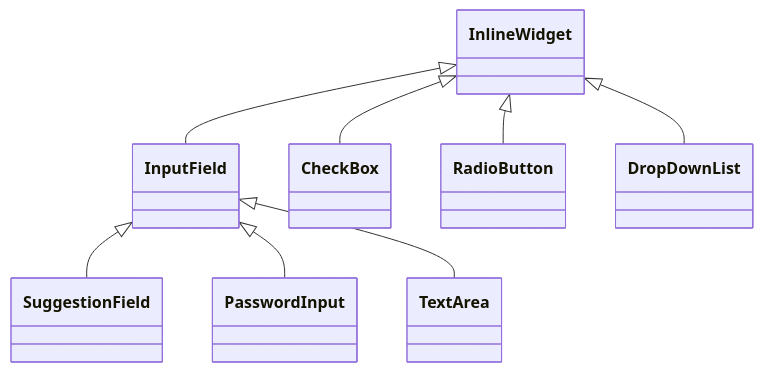
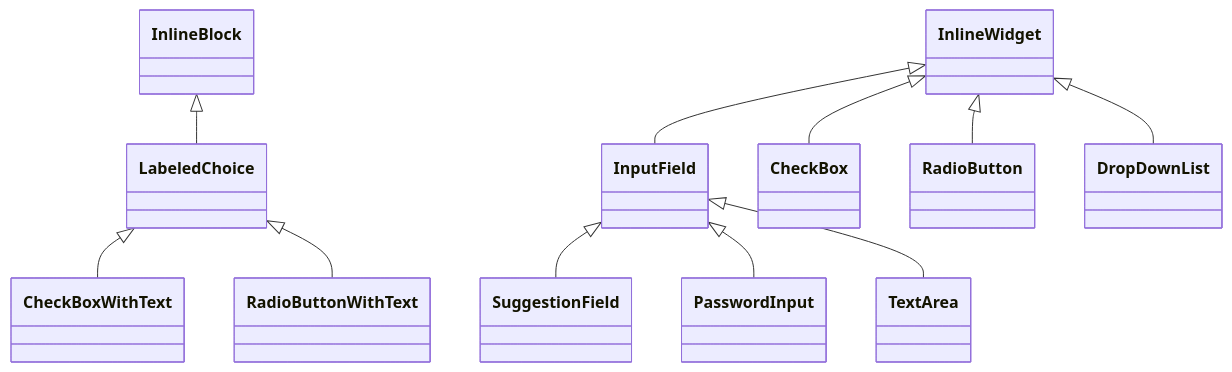
The fourth of 6 diagrams in docs/WIDGETS.md (kniazkov/widgets), drawn with Mermaid before and after one commit. The commit also changed other lines of this file and 7 other files, not shown here.

````diff
--- a/docs/WIDGETS.md
+++ b/docs/WIDGETS.md
@@ -62,11 +62,14 @@
 ```mermaid
 classDiagram
     direction TB
     InlineWidget <|-- InputField
+    InlineBlock <|-- LabeledChoice
+    LabeledChoice <|-- CheckBoxWithText
+    LabeledChoice <|-- RadioButtonWithText
     InlineWidget <|-- CheckBox
     InlineWidget <|-- RadioButton
     InlineWidget <|-- DropDownList
     InputField <|-- SuggestionField
     InputField <|-- PasswordInput
     InputField <|-- TextArea
 ```
````
